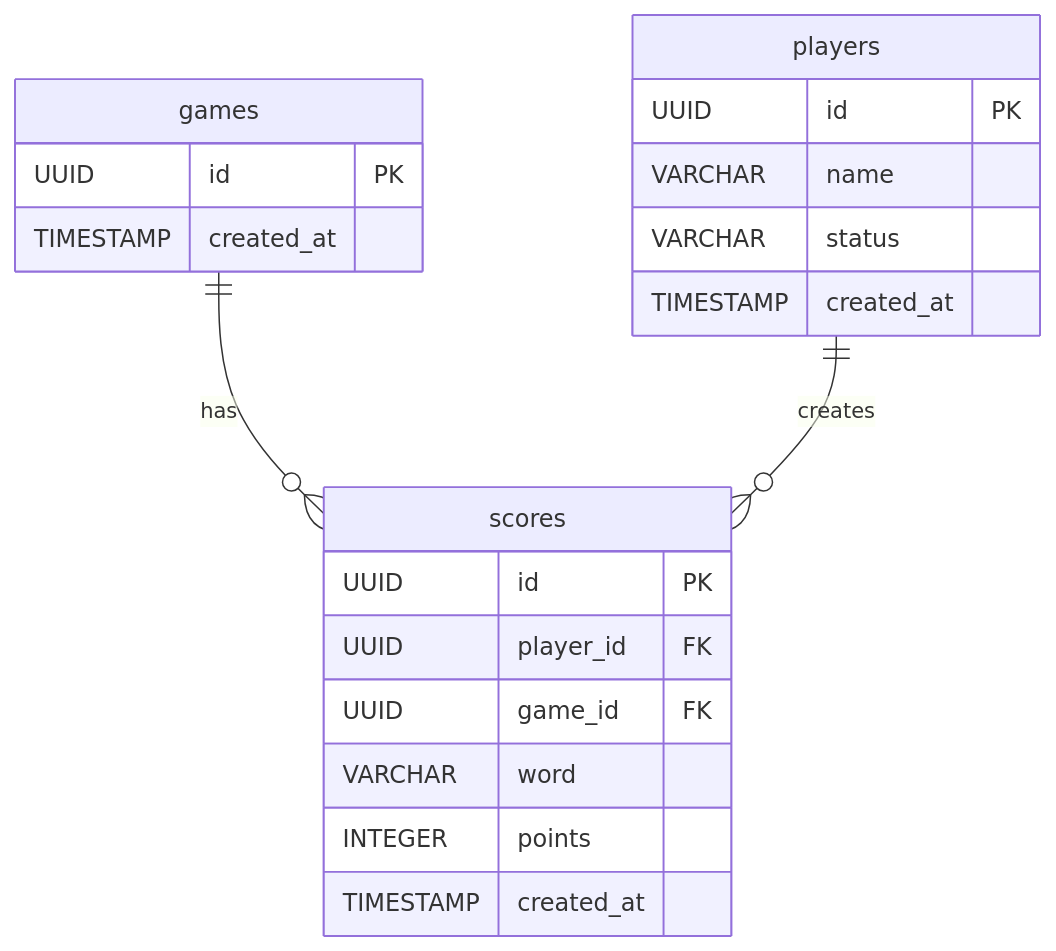
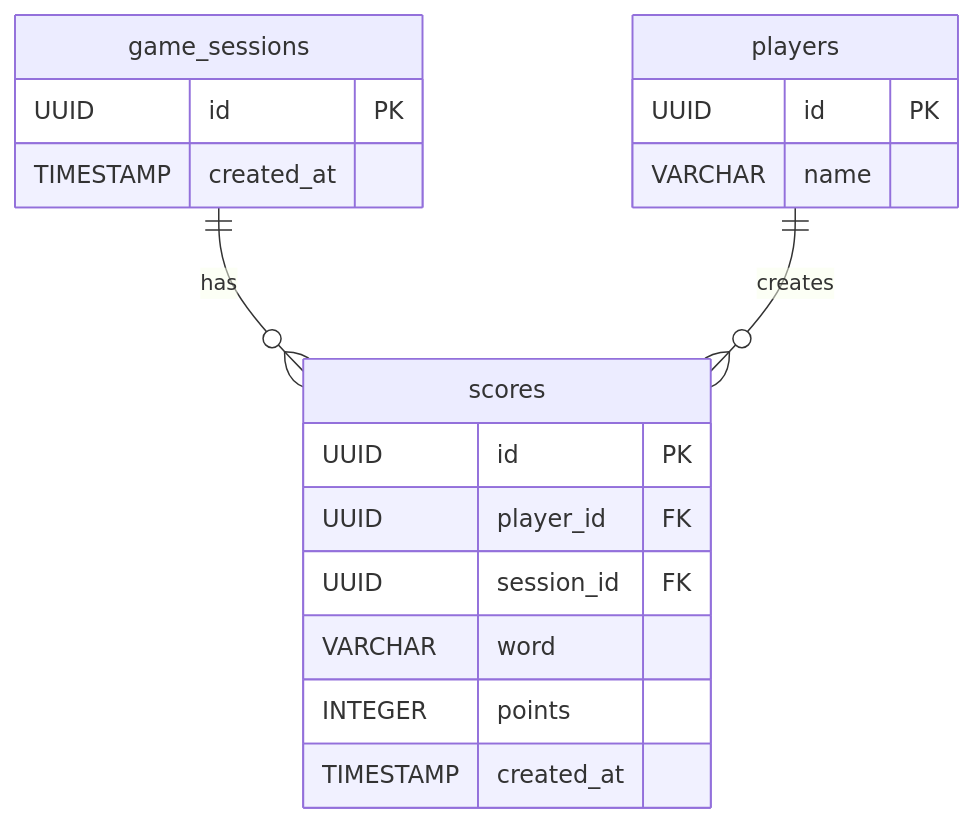
The diagram in docs/architecture/c3-database-schema.md (alang-dev/scrabble-points-calculator), drawn with Mermaid before and after one commit. The commit also changed other lines of this file and 7 other files, not shown here.

First line of the commit message:
Update architecture design with C4 service layer implementation

````diff
--- a/docs/architecture/c3-database-schema.md
+++ b/docs/architecture/c3-database-schema.md
@@ -7,26 +7,24 @@
 ```mermaid
 erDiagram
-    games {
+    game_sessions {
         UUID id PK
         TIMESTAMP created_at
     }
     
     players {
         UUID id PK
         VARCHAR name
-        VARCHAR status
-        TIMESTAMP created_at
     }
     
     scores {
         UUID id PK
         UUID player_id FK
-        UUID game_id FK
+        UUID session_id FK
         VARCHAR word
         INTEGER points
         TIMESTAMP created_at
     }
     
-    games ||--o{ scores : "has"
+    game_sessions ||--o{ scores : "has"
     players ||--o{ scores : "creates"
 ```
````
